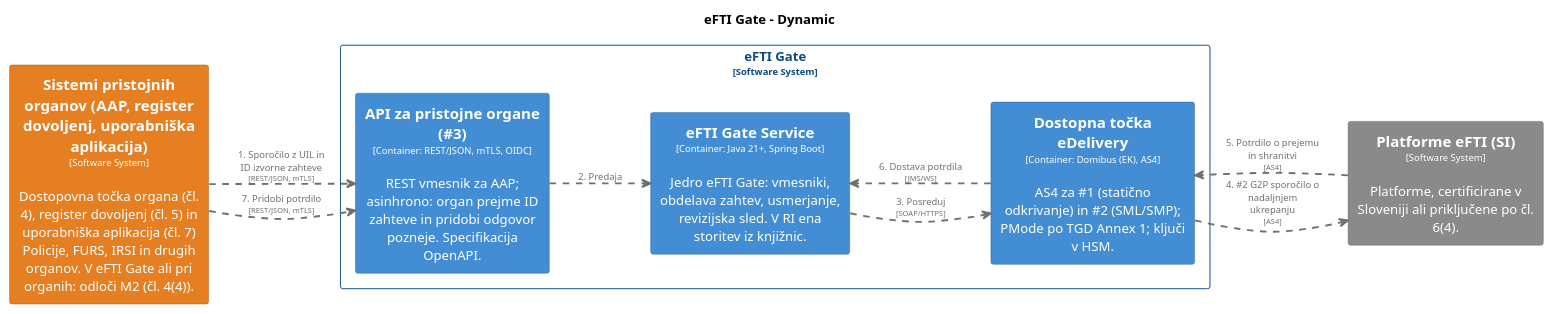
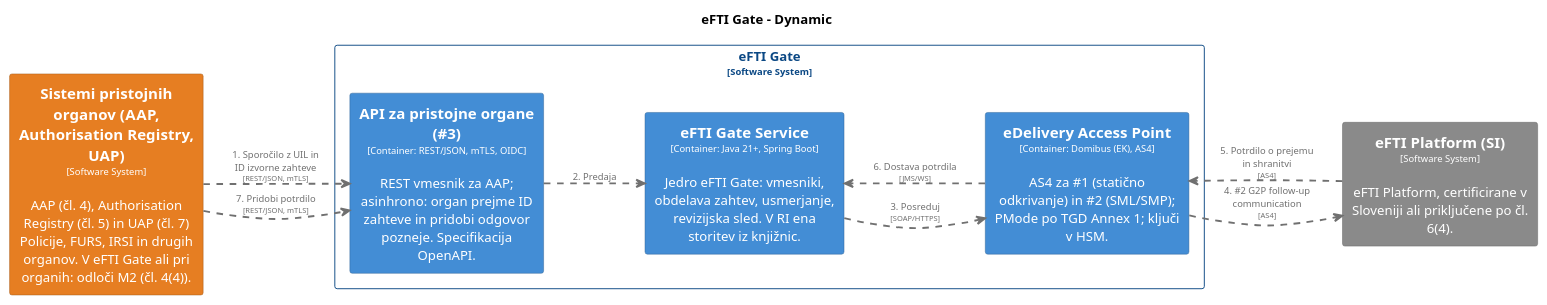
Before and after one commit to UM-KGPI/eFTI-Gate-SI: the diagram in architecture/diagrams/structurizr-D5-Nadaljnje-ukrepanje.puml, drawn with PlantUML. The commit also changed 38 other files, not shown here.

```diff
--- a/architecture/diagrams/structurizr-D5-Nadaljnje-ukrepanje.puml
+++ b/architecture/diagrams/structurizr-D5-Nadaljnje-ukrepanje.puml
@@ -1,70 +1,70 @@
 @startuml
 set separator none
 title eFTI Gate - Dynamic
 
 left to right direction
 skinparam ranksep 60
 skinparam nodesep 30
 
 skinparam {
   arrowFontSize 10
   defaultTextAlignment center
   wrapWidth 200
   maxMessageSize 100
 }
 
 hide stereotype
 
 skinparam rectangle<<eFTIGate.APIzapristojneorgane3>> {
   BackgroundColor #438dd5
   FontColor #ffffff
   BorderColor #2e6295
   shadowing false
 }
-skinparam rectangle<<eFTIGate.DostopnatočkaeDelivery>> {
+skinparam rectangle<<SistemipristojnihorganovAAPAuthorisationRegistryUAP>> {
+  BackgroundColor #e67e22
+  FontColor #ffffff
+  BorderColor #a15817
+  shadowing false
+}
+skinparam rectangle<<eFTIGate.eDeliveryAccessPoint>> {
   BackgroundColor #438dd5
   FontColor #ffffff
   BorderColor #2e6295
-  shadowing false
-}
-skinparam rectangle<<PlatformeeFTISI>> {
-  BackgroundColor #8a8a8a
-  FontColor #ffffff
-  BorderColor #606060
-  shadowing false
-}
-skinparam rectangle<<SistemipristojnihorganovAAPregisterdovoljenjuporabniškaaplikacija>> {
-  BackgroundColor #e67e22
-  FontColor #ffffff
-  BorderColor #a15817
   shadowing false
 }
 skinparam rectangle<<eFTIGate.eFTIGateService>> {
   BackgroundColor #438dd5
   FontColor #ffffff
   BorderColor #2e6295
+  shadowing false
+}
+skinparam rectangle<<eFTIPlatformSI>> {
+  BackgroundColor #8a8a8a
+  FontColor #ffffff
+  BorderColor #606060
   shadowing false
 }
 skinparam rectangle<<eFTIGate>> {
   BorderColor #0b4884
   FontColor #0b4884
   shadowing false
 }
 
 rectangle "eFTI Gate\n<size:10>[Software System]</size>" <<eFTIGate>> {
   rectangle "==API za pristojne organe (#3)\n<size:10>[Container: REST/JSON, mTLS, OIDC]</size>\n\nREST vmesnik za AAP; asinhrono: organ prejme ID zahteve in pridobi odgovor pozneje. Specifikacija OpenAPI." <<eFTIGate.APIzapristojneorgane3>> as eFTIGate.APIzapristojneorgane3
-  rectangle "==Dostopna točka eDelivery\n<size:10>[Container: Domibus (EK), AS4]</size>\n\nAS4 za #1 (statično odkrivanje) in #2 (SML/SMP); PMode po TGD Annex 1; ključi v HSM." <<eFTIGate.DostopnatočkaeDelivery>> as eFTIGate.DostopnatočkaeDelivery
+  rectangle "==eDelivery Access Point\n<size:10>[Container: Domibus (EK), AS4]</size>\n\nAS4 za #1 (statično odkrivanje) in #2 (SML/SMP); PMode po TGD Annex 1; ključi v HSM." <<eFTIGate.eDeliveryAccessPoint>> as eFTIGate.eDeliveryAccessPoint
   rectangle "==eFTI Gate Service\n<size:10>[Container: Java 21+, Spring Boot]</size>\n\nJedro eFTI Gate: vmesniki, obdelava zahtev, usmerjanje, revizijska sled. V RI ena storitev iz knjižnic." <<eFTIGate.eFTIGateService>> as eFTIGate.eFTIGateService
 }
 
-rectangle "==Sistemi pristojnih organov (AAP, register dovoljenj, uporabniška aplikacija)\n<size:10>[Software System]</size>\n\nDostopovna točka organa (čl. 4), register dovoljenj (čl. 5) in uporabniška aplikacija (čl. 7) Policije, FURS, IRSI in drugih organov. V eFTI Gate ali pri organih: odloči M2 (čl. 4(4))." <<SistemipristojnihorganovAAPregisterdovoljenjuporabniškaaplikacija>> as SistemipristojnihorganovAAPregisterdovoljenjuporabniškaaplikacija
-rectangle "==Platforme eFTI (SI)\n<size:10>[Software System]</size>\n\nPlatforme, certificirane v Sloveniji ali priključene po čl. 6(4)." <<PlatformeeFTISI>> as PlatformeeFTISI
+rectangle "==Sistemi pristojnih organov (AAP, Authorisation Registry, UAP)\n<size:10>[Software System]</size>\n\nAAP (čl. 4), Authorisation Registry (čl. 5) in UAP (čl. 7) Policije, FURS, IRSI in drugih organov. V eFTI Gate ali pri organih: odloči M2 (čl. 4(4))." <<SistemipristojnihorganovAAPAuthorisationRegistryUAP>> as SistemipristojnihorganovAAPAuthorisationRegistryUAP
+rectangle "==eFTI Platform (SI)\n<size:10>[Software System]</size>\n\neFTI Platform, certificirane v Sloveniji ali priključene po čl. 6(4)." <<eFTIPlatformSI>> as eFTIPlatformSI
 
-SistemipristojnihorganovAAPregisterdovoljenjuporabniškaaplikacija .[#707070,thickness=2].> eFTIGate.APIzapristojneorgane3 : "<color:#707070>1. Sporočilo z UIL in ID izvorne zahteve\n<color:#707070><size:8>[REST/JSON, mTLS]</size>"
+SistemipristojnihorganovAAPAuthorisationRegistryUAP .[#707070,thickness=2].> eFTIGate.APIzapristojneorgane3 : "<color:#707070>1. Sporočilo z UIL in ID izvorne zahteve\n<color:#707070><size:8>[REST/JSON, mTLS]</size>"
 eFTIGate.APIzapristojneorgane3 .[#707070,thickness=2].> eFTIGate.eFTIGateService : "<color:#707070>2. Predaja"
-eFTIGate.eFTIGateService .[#707070,thickness=2].> eFTIGate.DostopnatočkaeDelivery : "<color:#707070>3. Posreduj\n<color:#707070><size:8>[SOAP/HTTPS]</size>"
-eFTIGate.DostopnatočkaeDelivery .[#707070,thickness=2].> PlatformeeFTISI : "<color:#707070>4. #2 G2P sporočilo o nadaljnjem ukrepanju\n<color:#707070><size:8>[AS4]</size>"
-PlatformeeFTISI .[#707070,thickness=2].> eFTIGate.DostopnatočkaeDelivery : "<color:#707070>5. Potrdilo o prejemu in shranitvi\n<color:#707070><size:8>[AS4]</size>"
-eFTIGate.DostopnatočkaeDelivery .[#707070,thickness=2].> eFTIGate.eFTIGateService : "<color:#707070>6. Dostava potrdila\n<color:#707070><size:8>[JMS/WS]</size>"
-SistemipristojnihorganovAAPregisterdovoljenjuporabniškaaplikacija .[#707070,thickness=2].> eFTIGate.APIzapristojneorgane3 : "<color:#707070>7. Pridobi potrdilo\n<color:#707070><size:8>[REST/JSON, mTLS]</size>"
+eFTIGate.eFTIGateService .[#707070,thickness=2].> eFTIGate.eDeliveryAccessPoint : "<color:#707070>3. Posreduj\n<color:#707070><size:8>[SOAP/HTTPS]</size>"
+eFTIGate.eDeliveryAccessPoint .[#707070,thickness=2].> eFTIPlatformSI : "<color:#707070>4. #2 G2P follow-up communication\n<color:#707070><size:8>[AS4]</size>"
+eFTIPlatformSI .[#707070,thickness=2].> eFTIGate.eDeliveryAccessPoint : "<color:#707070>5. Potrdilo o prejemu in shranitvi\n<color:#707070><size:8>[AS4]</size>"
+eFTIGate.eDeliveryAccessPoint .[#707070,thickness=2].> eFTIGate.eFTIGateService : "<color:#707070>6. Dostava potrdila\n<color:#707070><size:8>[JMS/WS]</size>"
+SistemipristojnihorganovAAPAuthorisationRegistryUAP .[#707070,thickness=2].> eFTIGate.APIzapristojneorgane3 : "<color:#707070>7. Pridobi potrdilo\n<color:#707070><size:8>[REST/JSON, mTLS]</size>"
 @enduml
```
